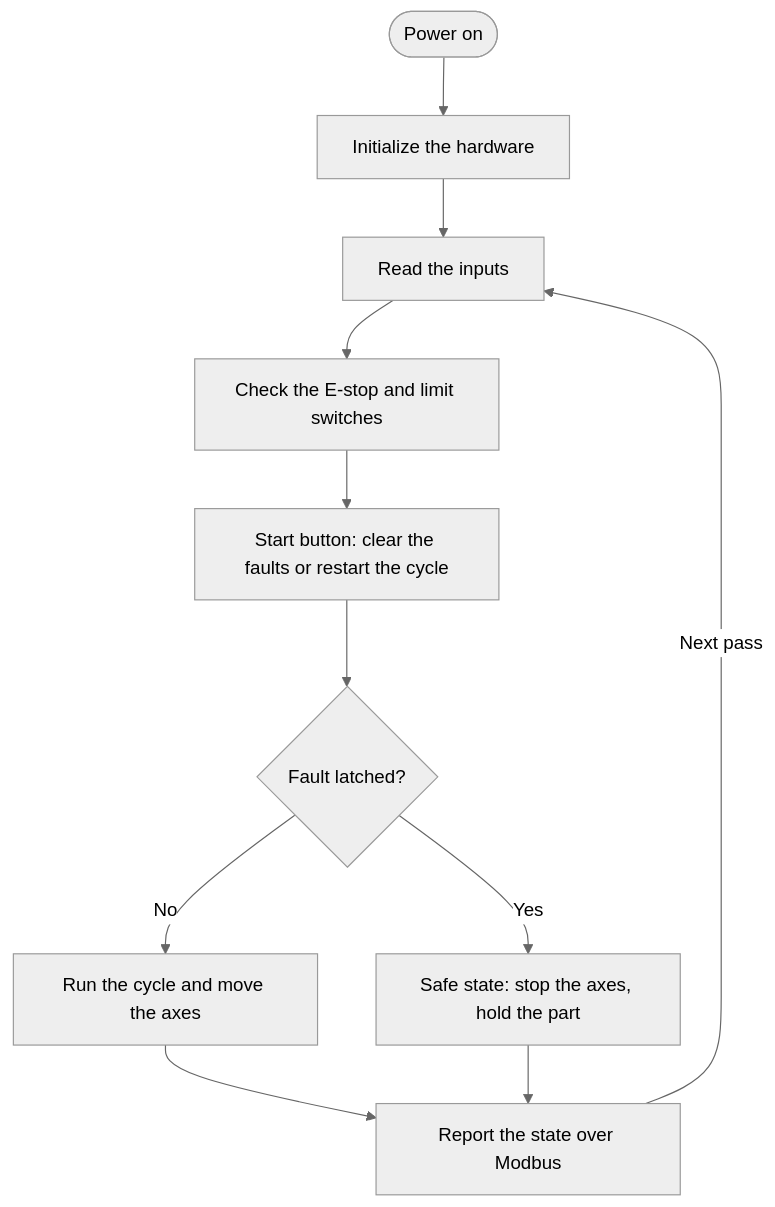
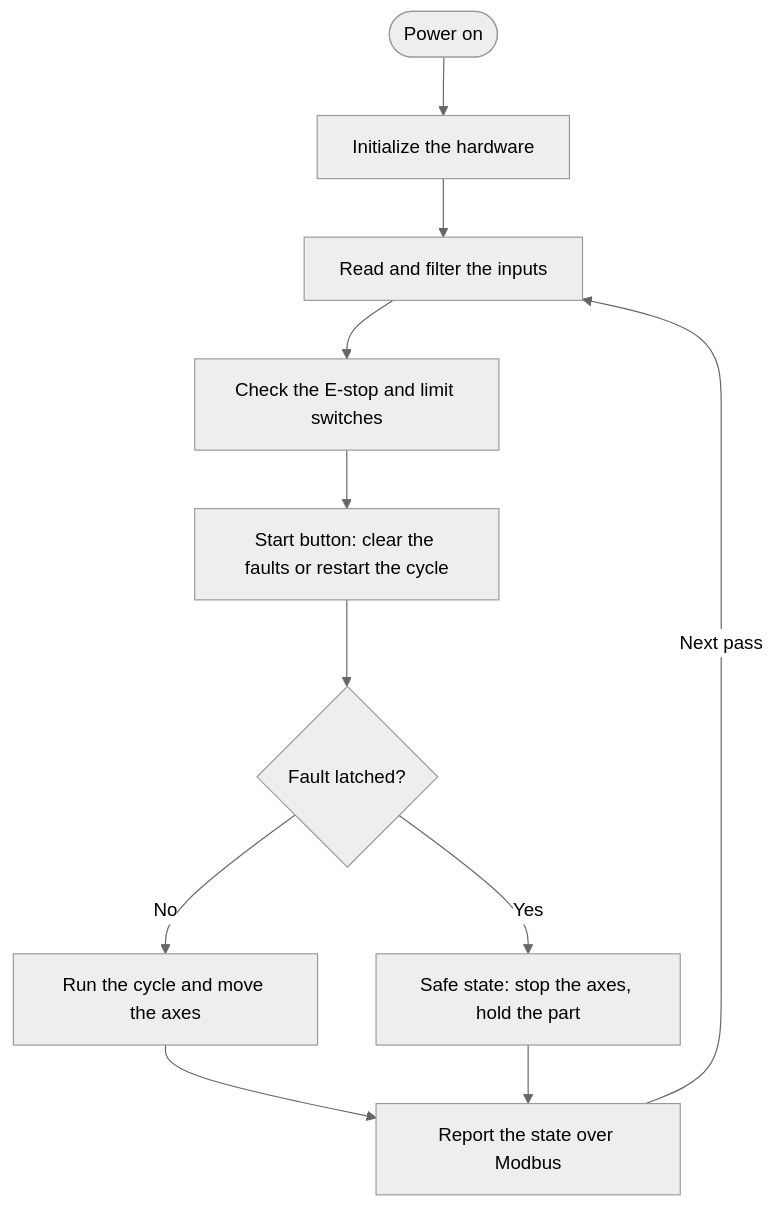
Before and after one commit to josuebouchard/safe-dip-report: the diagram in images/chapter-3/design-integration-and-flow-charts/main-loop.mmd, drawn with Mermaid (neutral theme). The commit also changed 25 other files, not shown here.

```diff
--- a/images/chapter-3/design-integration-and-flow-charts/main-loop.mmd
+++ b/images/chapter-3/design-integration-and-flow-charts/main-loop.mmd
@@ -1,11 +1,11 @@
 flowchart TD
     power([Power on]) --> init[Initialize the hardware]
-    init --> read[Read the inputs]
+    init --> read[Read and filter the inputs]
     read --> safety[Check the E-stop and limit switches]
     safety --> start[Start button: clear the faults or restart the cycle]
     start --> fault{Fault latched?}
     fault -->|No| run[Run the cycle and move the axes]
     fault -->|Yes| safe[Safe state: stop the axes, hold the part]
     run --> report[Report the state over Modbus]
     safe --> report
     report -->|Next pass| read
```
